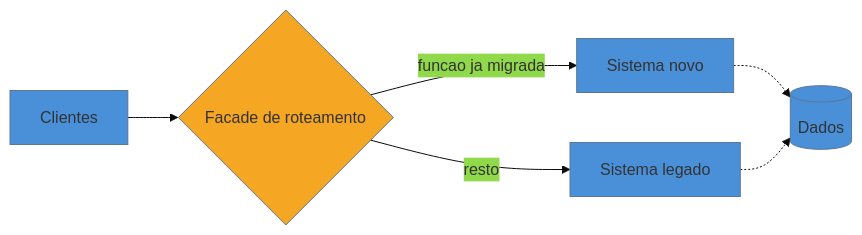
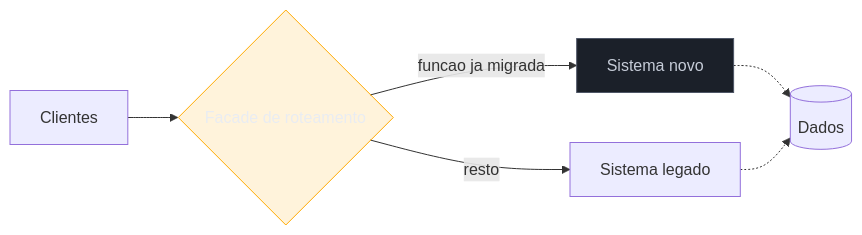
Before and after one commit to josenaldo/codex-technomanticus: the first of 2 diagrams in 03-Dominios/Engenharia/Arqueologia e Restauração de Software/18 - Strangler Fig.md, drawn with Mermaid. The commit also changed other lines of this file and 1181 other files, not shown here.

First line of the commit message:
fix(diagramas): paleta do sistema no lugar de cor cravada no markdown

````diff
--- a/03-Dominios/Engenharia/Arqueologia e Restauração de Software/18 - Strangler Fig.md
+++ b/03-Dominios/Engenharia/Arqueologia e Restauração de Software/18 - Strangler Fig.md
@@ -38,11 +38,12 @@
 ```mermaid
-%%{init: {"theme": "base", "themeVariables": {"primaryColor": "#4A90D9"}}}%%
 graph LR
+    classDef destaque fill:#FFAA0024,stroke:#FFAA00,color:#E9ECF2
+    classDef neutro fill:#1B2029,stroke:#4E5666,color:#C6CCD8
     C[Clientes] --> F{Facade de roteamento}
     F -->|funcao ja migrada| N[Sistema novo]
     F -->|resto| L[Sistema legado]
     N -.-> D[(Dados)]
     L -.-> D
-    style F fill:#F5A623
-    style N fill:#4A90D9
+    class F destaque
+    class N neutro
 ```
````
